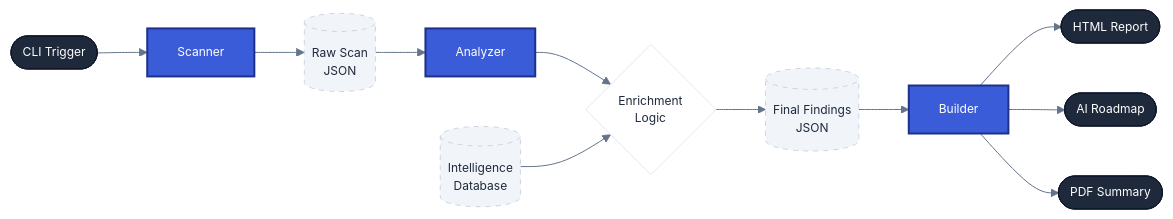
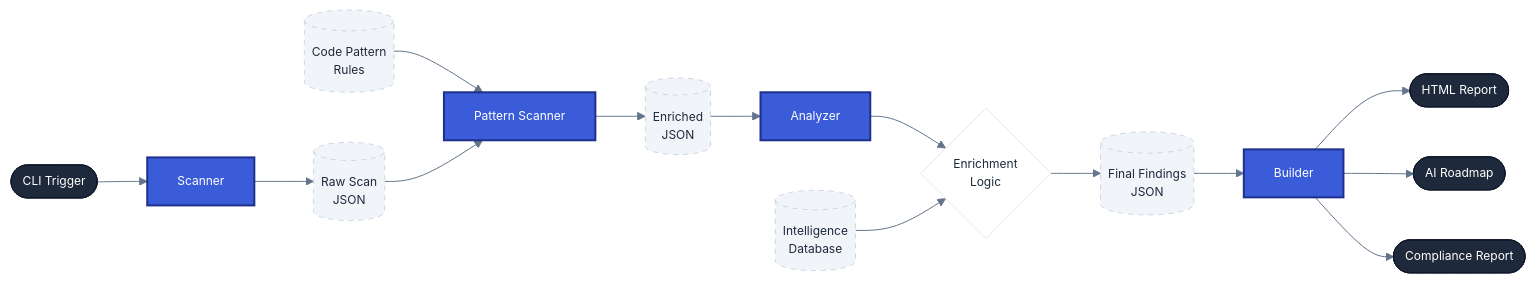
One commit to diegovelasquezweb/a11y-skill changed the second of 2 diagrams in docs/architecture.md. Above: the diagram before and after it, drawn with Mermaid. The commit also changed other lines of this file and 5 other files, not shown here.

Commit message:
feat(a11y): introduce static pattern scanning phase to the remediation pipeline and refine architecture documentation.

````diff
--- a/docs/architecture.md
+++ b/docs/architecture.md
@@ -107,26 +124,30 @@
 ```mermaid
 %%{init: { 'theme': 'base', 'themeVariables': { 'primaryColor': '#3b5cd9', 'primaryTextColor': '#1e293b', 'primaryBorderColor': '#1e308a', 'lineColor': '#64748b', 'secondaryColor': '#f1f5f9', 'tertiaryColor': '#fff', 'mainBkg': '#fff', 'nodeBorder': '#e2e8f0', 'clusterBkg': '#f8fafc', 'clusterBorder': '#cbd5e1' } } }%%
 flowchart LR
     Start([CLI Trigger]) --> S[Scanner]
     S --> Raw[(Raw Scan<br/>JSON)]
 
-    Raw --> A[Analyzer]
+    Patterns[(Code Pattern<br/>Rules)] --> PS[Pattern Scanner]
+    Raw --> PS
+    PS --> Raw2[(Enriched<br/>JSON)]
+
+    Raw2 --> A[Analyzer]
     A --> Logic{Enrichment<br/>Logic}
     Intel[(Intelligence<br/>Database)] --> Logic
 
     Logic --> Findings[(Final Findings<br/>JSON)]
     Findings --> B[Builder]
 
     B --> HTML([HTML Report])
     B --> MD([AI Roadmap])
-    B --> PDF([PDF Summary])
+    B --> PDF([Compliance Report])
 
     classDef default font-family:Inter,sans-serif,font-size:12px;
     classDef core fill:#3b5cd9,color:#fff,stroke:#1e308a,stroke-width:2px;
     classDef storage fill:#f1f5f9,stroke:#cbd5e1,stroke-dasharray: 5 5;
     classDef trigger fill:#1e293b,color:#fff,stroke:#0f172a;
 
-    class S,A,B core;
-    class Raw,Intel,Findings storage;
+    class S,PS,A,B core;
+    class Raw,Raw2,Intel,Findings,Patterns storage;
     class Start,HTML,MD,PDF trigger;
 ```
````
